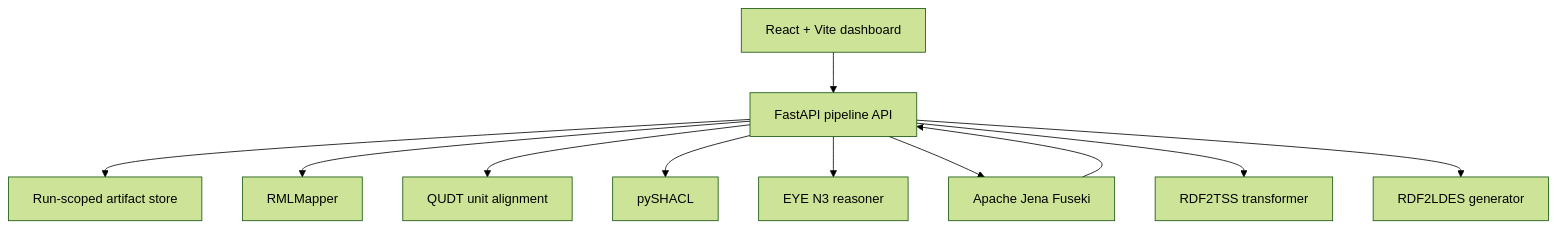
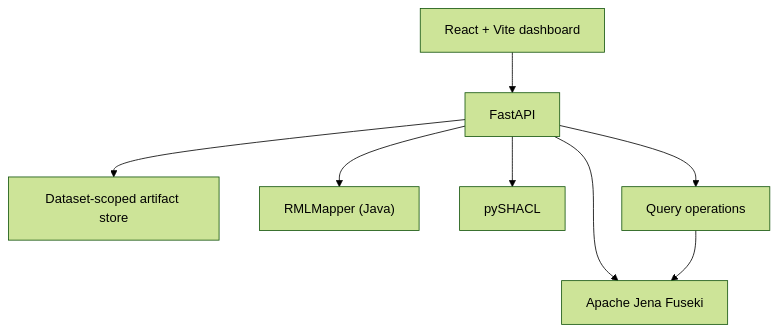
The second of 2 diagrams in README.md (ShehabEldeenAyman/Generic-Dashboard-System), drawn with Mermaid (forest theme) before and after one commit. The commit also changed other lines of this file and 34 other files, not shown here.

````diff
--- a/README.md
+++ b/README.md
@@ -144,13 +80,10 @@
 ```mermaid
 flowchart TB
-    UI["React + Vite dashboard"] --> API["FastAPI pipeline API"]
-    API --> STORE["Run-scoped artifact store"]
-    API --> RML["RMLMapper"]
-    API --> ALIGN["QUDT unit alignment"]
+    UI["React + Vite dashboard"] --> API["FastAPI"]
+    API --> STORE["Dataset-scoped artifact store"]
+    API --> RML["RMLMapper (Java)"]
     API --> SHACL["pySHACL"]
-    API --> EYE["EYE N3 reasoner"]
+    API --> OPS["Query operations"]
     API --> FUSEKI["Apache Jena Fuseki"]
-    API --> TSS["RDF2TSS transformer"]
-    API --> LDES["RDF2LDES generator"]
-    FUSEKI --> API
+    OPS --> FUSEKI
 ```
````
